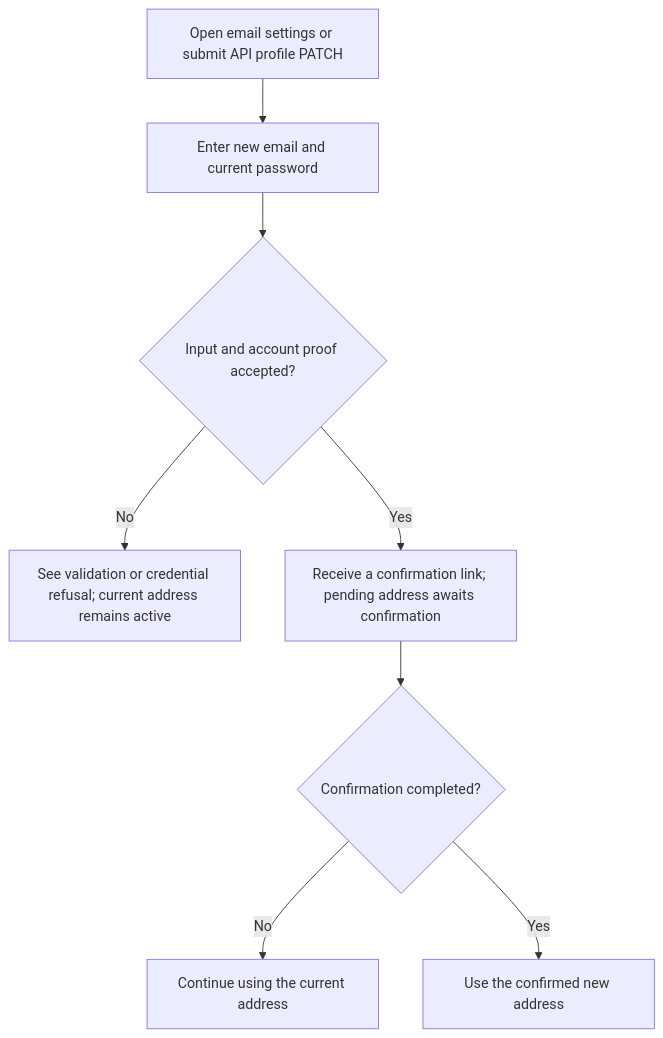
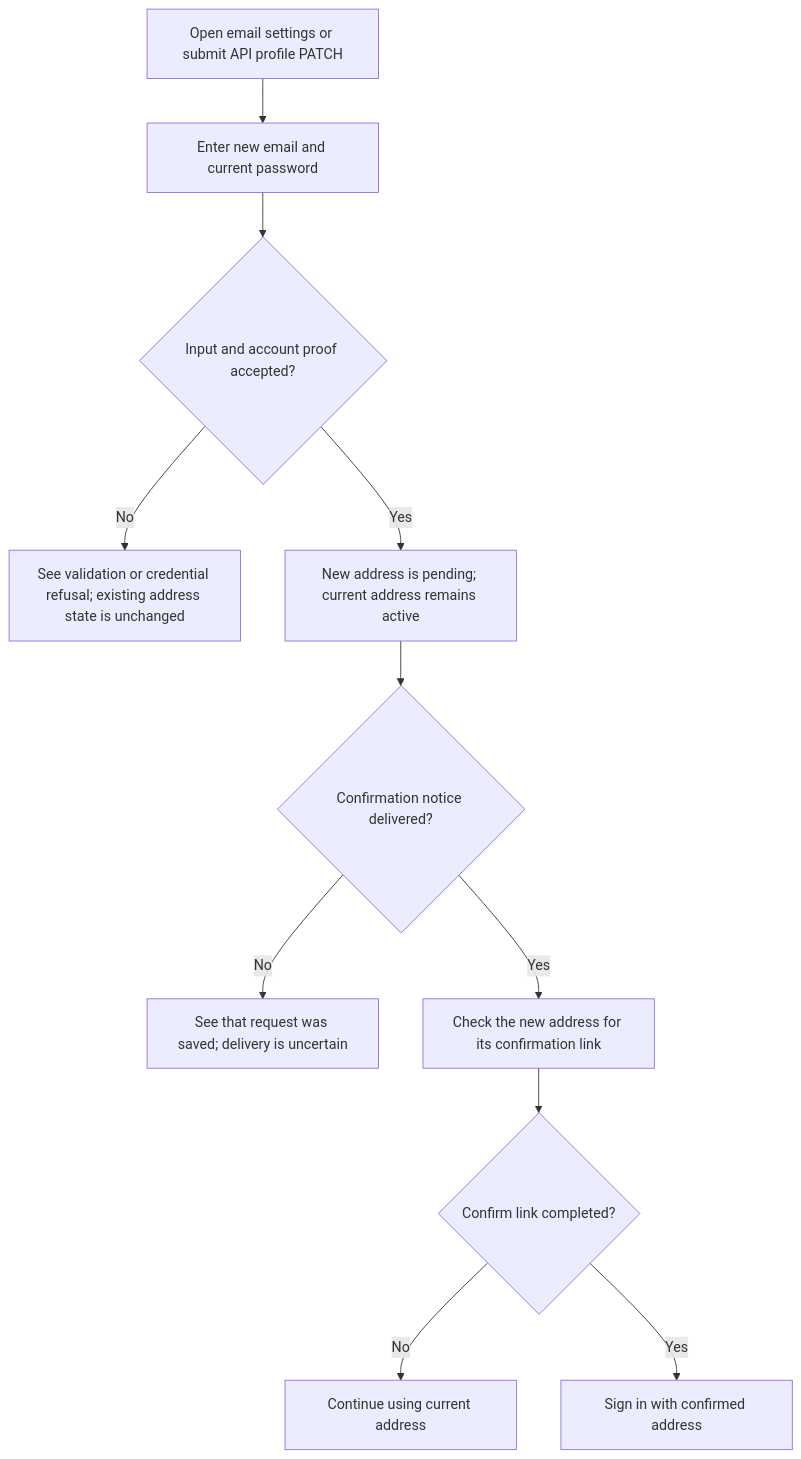
Before and after one commit to Kevinjohn/oss-adonisjs-starter-examples: the first of 2 diagrams in user-stories/accounts/us-account-05-request-email-change.md, drawn with Mermaid. The commit also changed other lines of this file and 2 other files, not shown here.

Commit message:
docs: correct starter email, invitation and team flows

````diff
--- a/user-stories/accounts/us-account-05-request-email-change.md
+++ b/user-stories/accounts/us-account-05-request-email-change.md
@@ -28,10 +28,13 @@
 ```mermaid
 flowchart TD
     A["Open email settings or submit API profile PATCH"] --> B["Enter new email and current password"]
     B --> C{"Input and account proof accepted?"}
-    C -->|No| D["See validation or credential refusal; current address remains active"]
-    C -->|Yes| E["Receive a confirmation link; pending address awaits confirmation"]
-    E --> F{"Confirmation completed?"}
-    F -->|No| G["Continue using the current address"]
-    F -->|Yes| H["Use the confirmed new address"]
+    C -->|No| D["See validation or credential refusal; existing address state is unchanged"]
+    C -->|Yes| E["New address is pending; current address remains active"]
+    E --> F{"Confirmation notice delivered?"}
+    F -->|No| G["See that request was saved; delivery is uncertain"]
+    F -->|Yes| H["Check the new address for its confirmation link"]
+    H --> I{"Confirm link completed?"}
+    I -->|No| J["Continue using current address"]
+    I -->|Yes| K["Sign in with confirmed address"]
 ```
````
